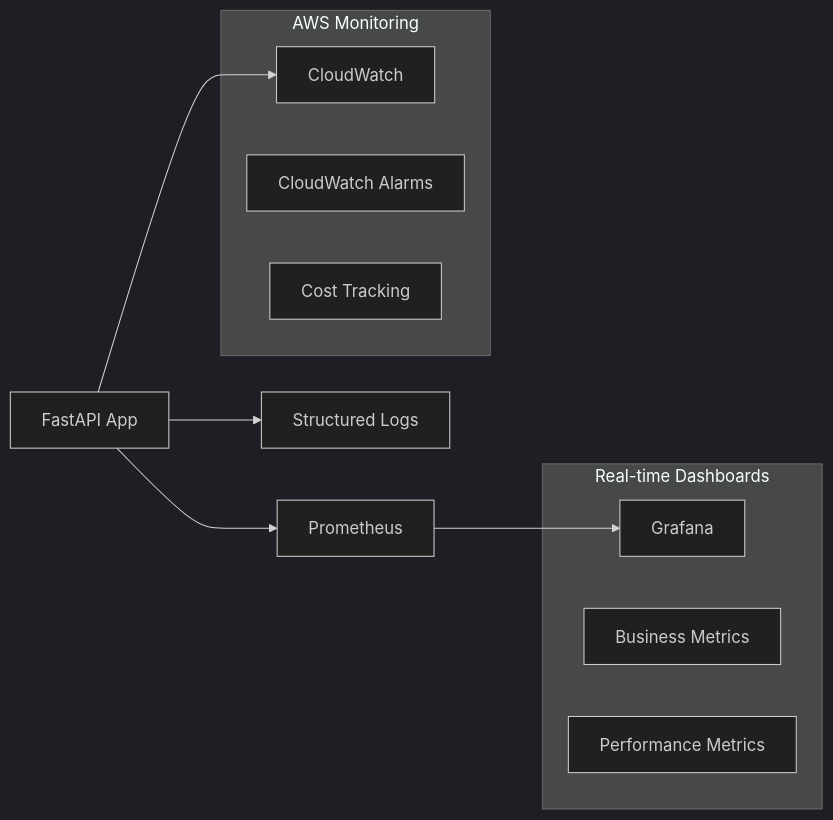
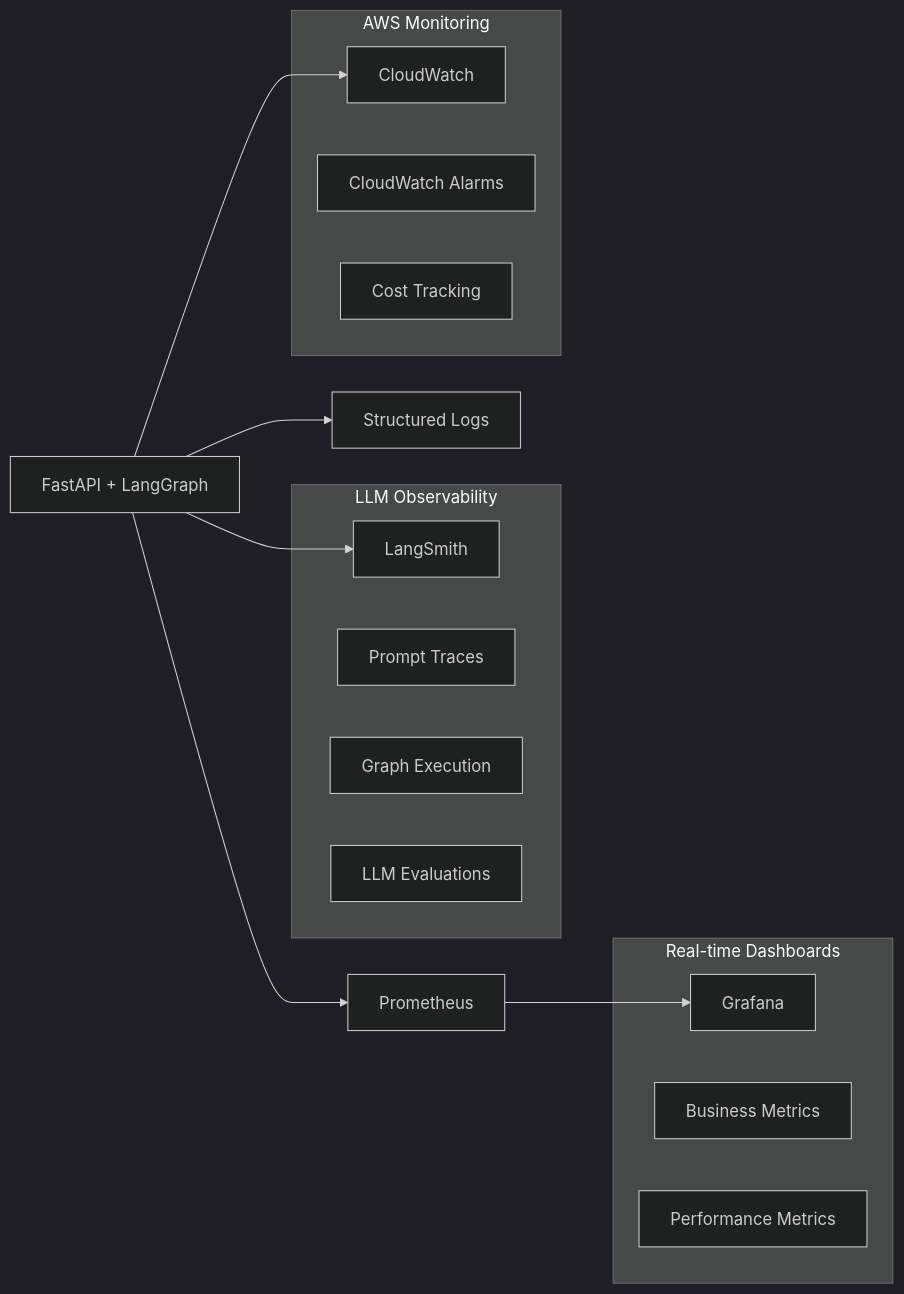
One commit to phaa/dyno-agent changed the second of 2 diagrams in README.md. Above: the diagram before and after it, drawn with Mermaid (dark theme). The commit also changed 21 other files, not shown here.

````diff
--- a/README.md
+++ b/README.md
@@ -424,19 +424,29 @@
 ```mermaid
 graph LR
-    A[FastAPI App] --> B[Prometheus]
+    A[FastAPI + LangGraph] --> B[Prometheus]
     A --> C[CloudWatch]
+    A --> E[Structured Logs]
+    A --> LS[LangSmith]
+
     B --> D[Grafana]
-    A --> E[Structured Logs]
-    
+
     subgraph "Real-time Dashboards"
         D
         F[Business Metrics]
         G[Performance Metrics]
     end
-    
+
+    subgraph "LLM Observability"
+        LS
+        J[Prompt Traces]
+        K[Graph Execution]
+        L[LLM Evaluations]
+    end
+
     subgraph "AWS Monitoring"
         C
         H[CloudWatch Alarms]
         I[Cost Tracking]
     end
+
 ```
````
